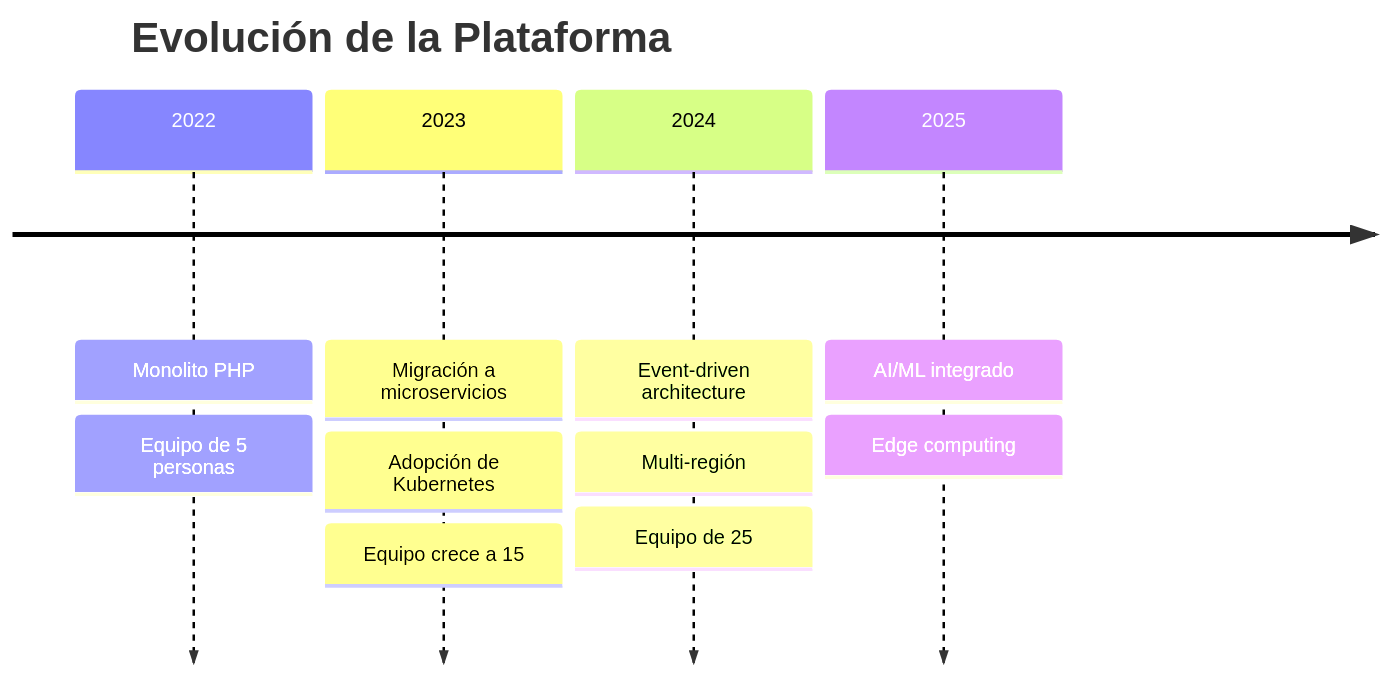
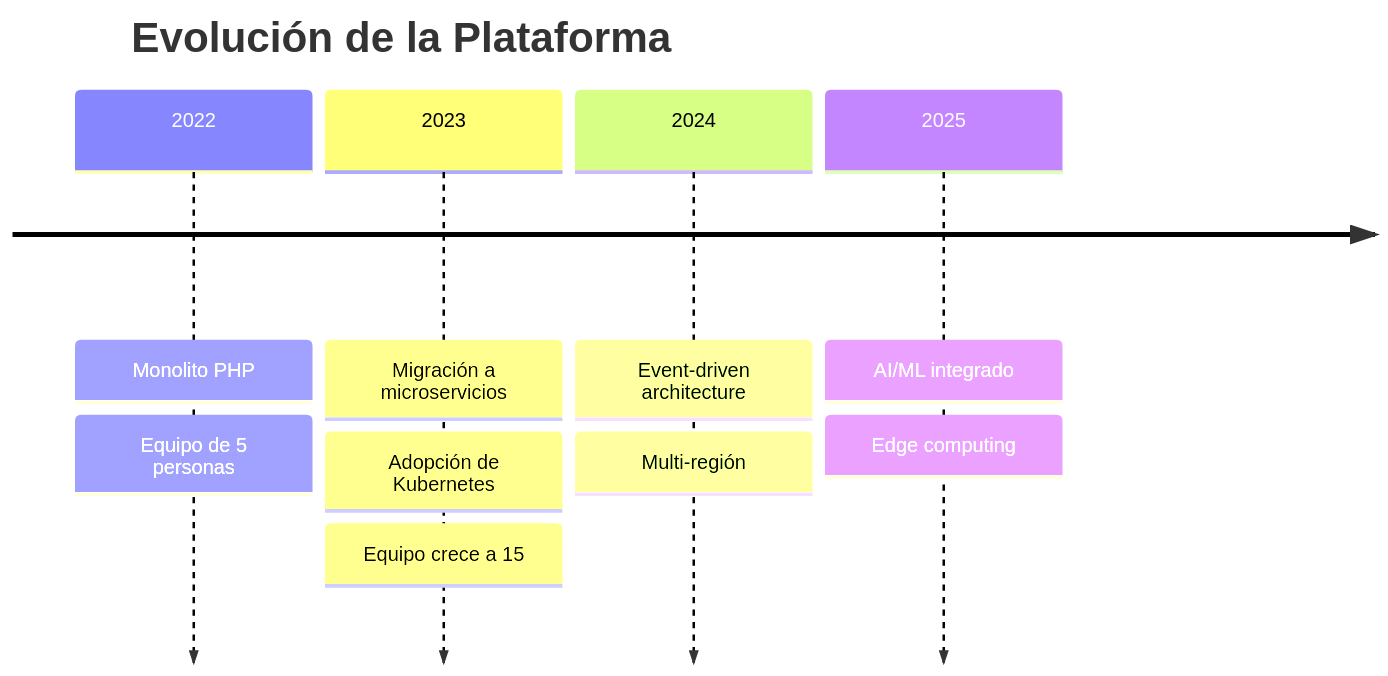
The tenth of 16 diagrams in DIALOGO-PRESENTACION.md (angelnoelduranflorez/mermaid-presentation), drawn with Mermaid before and after one commit. The commit also changed other lines of this file and 2 other files, not shown here.

````diff
--- a/DIALOGO-PRESENTACION.md
+++ b/DIALOGO-PRESENTACION.md
@@ -590,14 +585,13 @@
 ```mermaid
 timeline
     title Evolución de la Plataforma
     2022 : Monolito PHP
          : Equipo de 5 personas
     2023 : Migración a microservicios
          : Adopción de Kubernetes
          : Equipo crece a 15
     2024 : Event-driven architecture
          : Multi-región
-         : Equipo de 25
     2025 : AI/ML integrado
          : Edge computing
 ```
````
